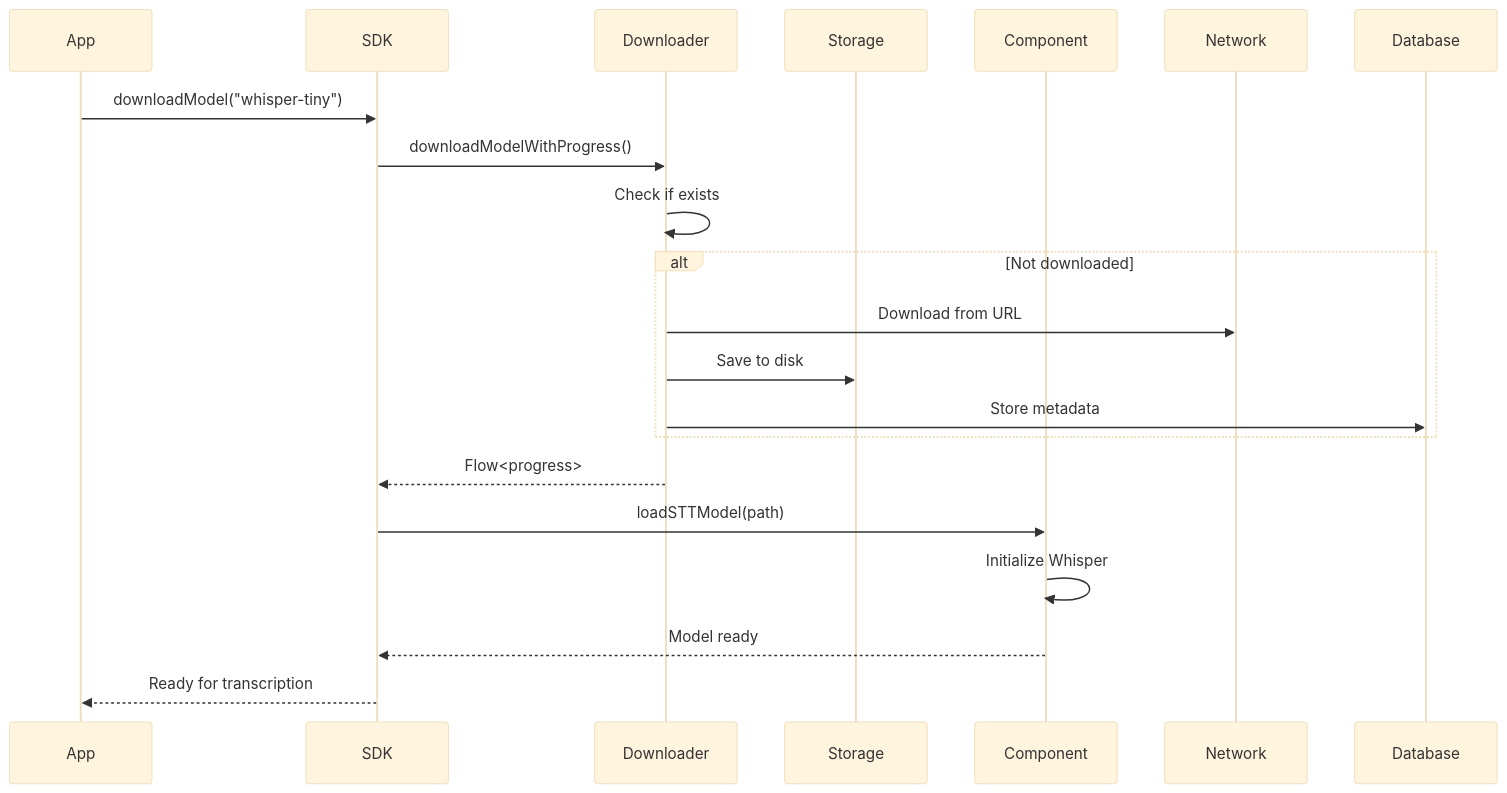
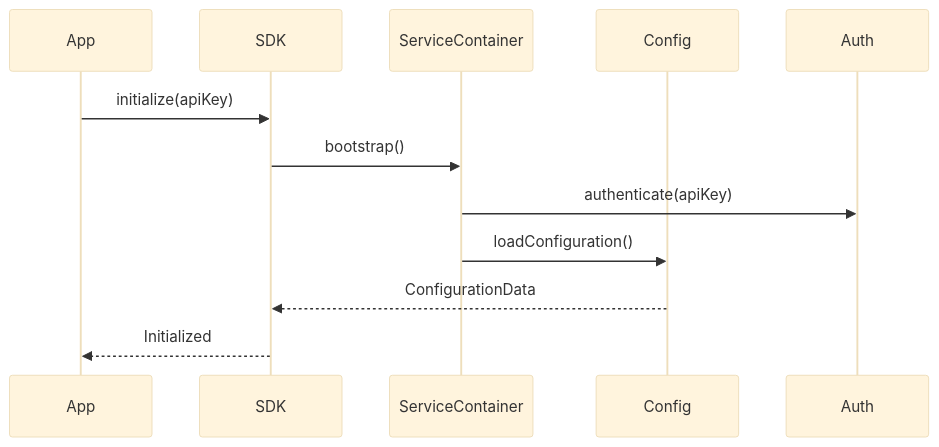
One commit to RunanywhereAI/runanywhere-sdks changed the fifth of 6 diagrams in sdk/runanywhere-kotlin/ARCHITECTURE.md. Above: the diagram before and after it, drawn with Mermaid (base theme). The commit also changed other lines of this file and 31 other files, not shown here.

Commit message:
refactor: Consolidate and streamline SDK architecture for improved maintainability

````diff
--- a/sdk/runanywhere-kotlin/ARCHITECTURE.md
+++ b/sdk/runanywhere-kotlin/ARCHITECTURE.md
@@ -155,22 +323,15 @@
 ```mermaid
 sequenceDiagram
     participant App
     participant SDK
-    participant Downloader
-    participant Storage
-    participant Component
+    participant ServiceContainer
+    participant Config
+    participant Auth
 
-    App->>SDK: downloadModel("whisper-tiny")
-    SDK->>Downloader: downloadModelWithProgress()
-    Downloader->>Downloader: Check if exists
-    alt Not downloaded
-        Downloader->>Network: Download from URL
-        Downloader->>Storage: Save to disk
-        Downloader->>Database: Store metadata
-    end
-    Downloader-->>SDK: Flow<progress>
-    SDK->>Component: loadSTTModel(path)
-    Component->>Component: Initialize Whisper
-    Component-->>SDK: Model ready
-    SDK-->>App: Ready for transcription
+    App->>SDK: initialize(apiKey)
+    SDK->>ServiceContainer: bootstrap()
+    ServiceContainer->>Auth: authenticate(apiKey)
+    ServiceContainer->>Config: loadConfiguration()
+    Config-->>SDK: ConfigurationData
+    SDK-->>App: Initialized
 ```
````
